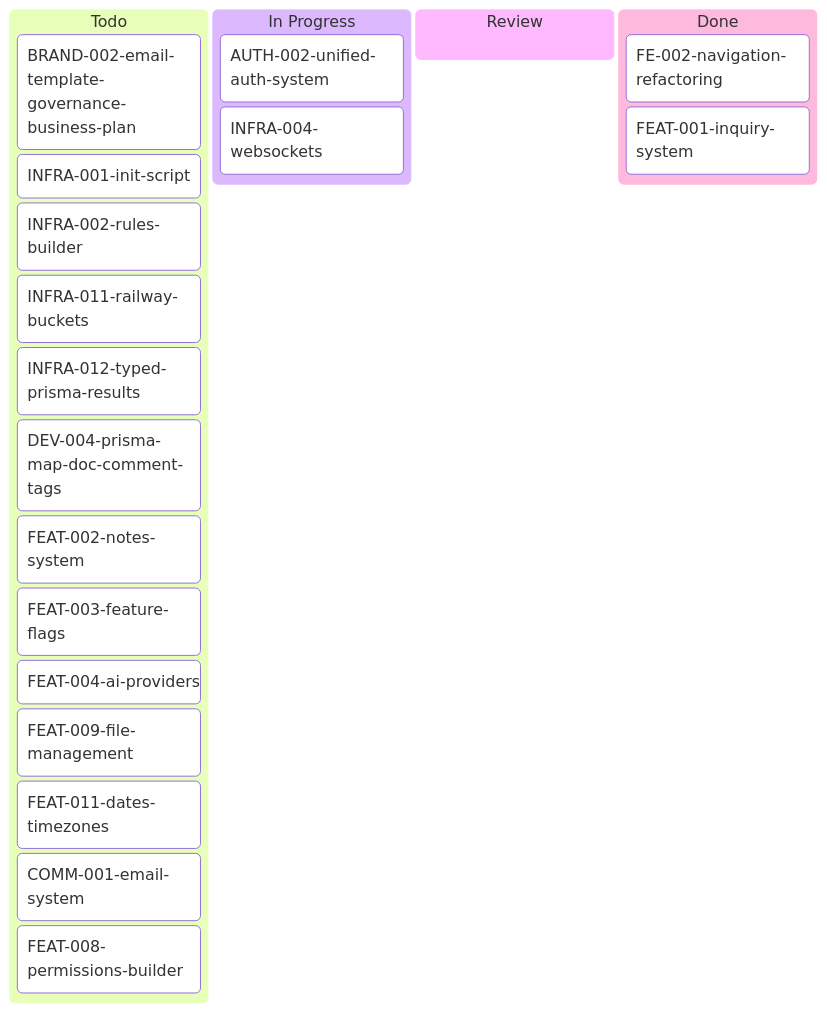
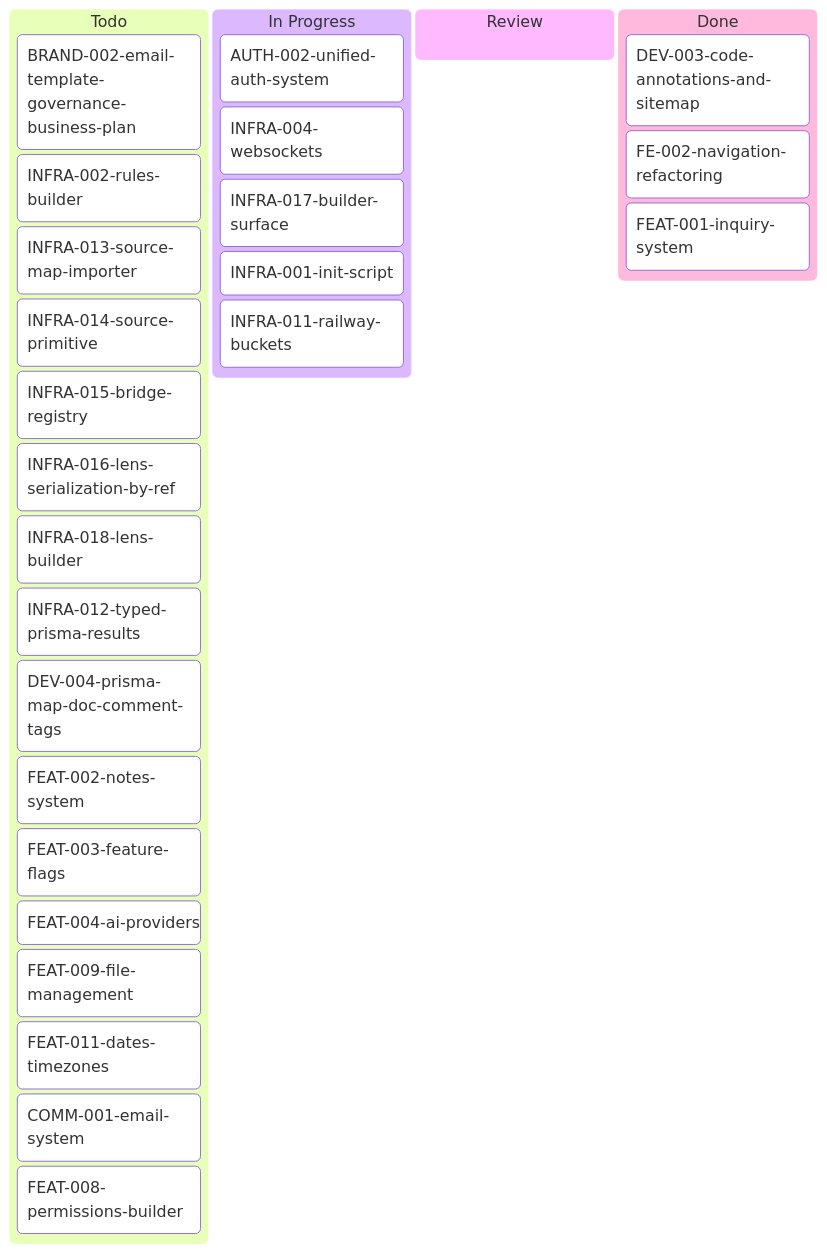
The diagram in tickets/kanban-aron.md (inixiative/template), drawn with Mermaid before and after one commit. The commit also changed other lines of this file and 55 other files, not shown here.

First line of the commit message:
Lens-aware filters: orderBy pure transform + narrowing validation + prisma-map migration (#53)

````diff
--- a/tickets/kanban-aron.md
+++ b/tickets/kanban-aron.md
@@ -3,29 +3,36 @@
 ```mermaid
 ---
 config:
   kanban:
     ticketBaseUrl: 'https://github.com/yourorg/template/blob/main/tickets/#TICKET#'
 ---
 kanban
   Todo
     BRAND-002-email-template-governance-business-plan
-    INFRA-001-init-script
     INFRA-002-rules-builder
-    INFRA-011-railway-buckets
+    INFRA-013-source-map-importer
+    INFRA-014-source-primitive
+    INFRA-015-bridge-registry
+    INFRA-016-lens-serialization-by-ref
+    INFRA-018-lens-builder
     INFRA-012-typed-prisma-results
     DEV-004-prisma-map-doc-comment-tags
     FEAT-002-notes-system
     FEAT-003-feature-flags
     FEAT-004-ai-providers
     FEAT-009-file-management
     FEAT-011-dates-timezones
     COMM-001-email-system
     FEAT-008-permissions-builder
   In Progress
     AUTH-002-unified-auth-system
     INFRA-004-websockets
+    INFRA-017-builder-surface
+    INFRA-001-init-script
+    INFRA-011-railway-buckets
   Review
   Done
+    DEV-003-code-annotations-and-sitemap
     FE-002-navigation-refactoring
     FEAT-001-inquiry-system
 ```
````
